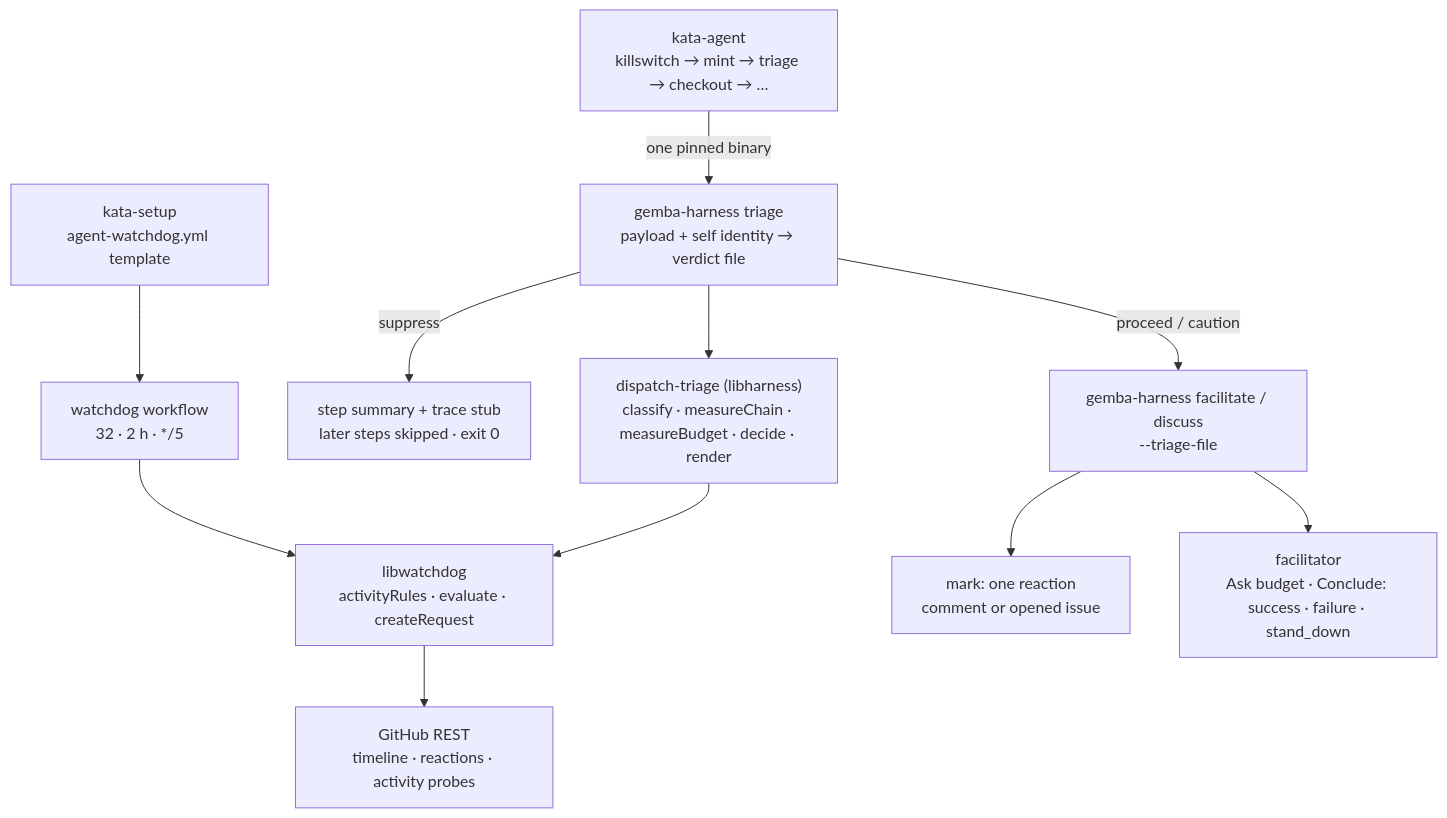
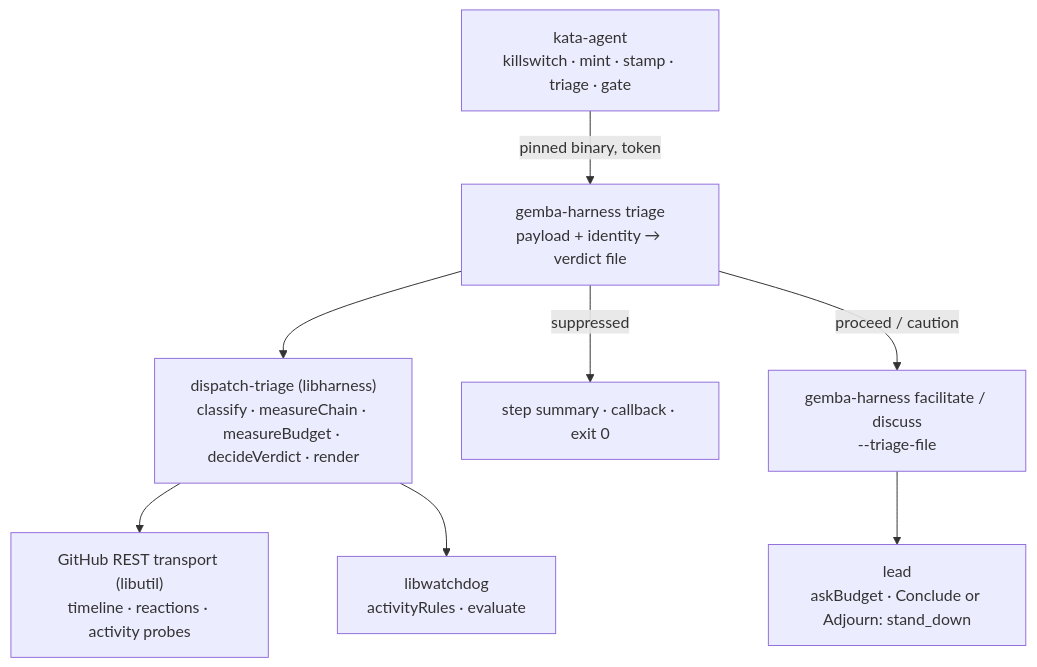
Before and after one commit to forwardimpact/monorepo: the first of 2 diagrams in specs/2350-dispatch-chain-triage/design-a.md, drawn with Mermaid. The commit also changed other lines of this file and 1 other file, not shown here.

````diff
--- a/specs/2350-dispatch-chain-triage/design-a.md
+++ b/specs/2350-dispatch-chain-triage/design-a.md
@@ -9,13 +9,10 @@
 ```mermaid
 graph TD
-    KA["kata-agent<br/>killswitch → mint → triage → checkout → …"] -->|"one pinned binary"| TV["gemba-harness triage<br/>payload + self identity → verdict file"]
-    TV --> DT["dispatch-triage (libharness)<br/>classify · measureChain · measureBudget · decide · render"]
-    DT --> WD["libwatchdog<br/>activityRules · evaluate · createRequest"]
-    WD --> GH["GitHub REST<br/>timeline · reactions · activity probes"]
-    TV -->|"suppress"| END["step summary + trace stub<br/>later steps skipped · exit 0"]
+    KA["kata-agent<br/>killswitch · mint · stamp · triage · gate"] -->|"pinned binary, token"| TV["gemba-harness triage<br/>payload + identity → verdict file"]
+    TV --> DT["dispatch-triage (libharness)<br/>classify · measureChain · measureBudget · decideVerdict · render"]
+    DT --> TR["GitHub REST transport (libutil)<br/>timeline · reactions · activity probes"]
+    DT --> WD["libwatchdog<br/>activityRules · evaluate"]
+    TV -->|"suppressed"| END["step summary · callback · exit 0"]
     TV -->|"proceed / caution"| RUN["gemba-harness facilitate / discuss<br/>--triage-file"]
-    RUN --> MK["mark: one reaction<br/>comment or opened issue"]
-    RUN --> FT["facilitator<br/>Ask budget · Conclude: success · failure · stand_down"]
-    SETUP["kata-setup<br/>agent-watchdog.yml template"] --> WW["watchdog workflow<br/>32 · 2 h · */5"]
-    WW --> WD
+    RUN --> FT["lead<br/>askBudget · Conclude or Adjourn: stand_down"]
 ```
````
